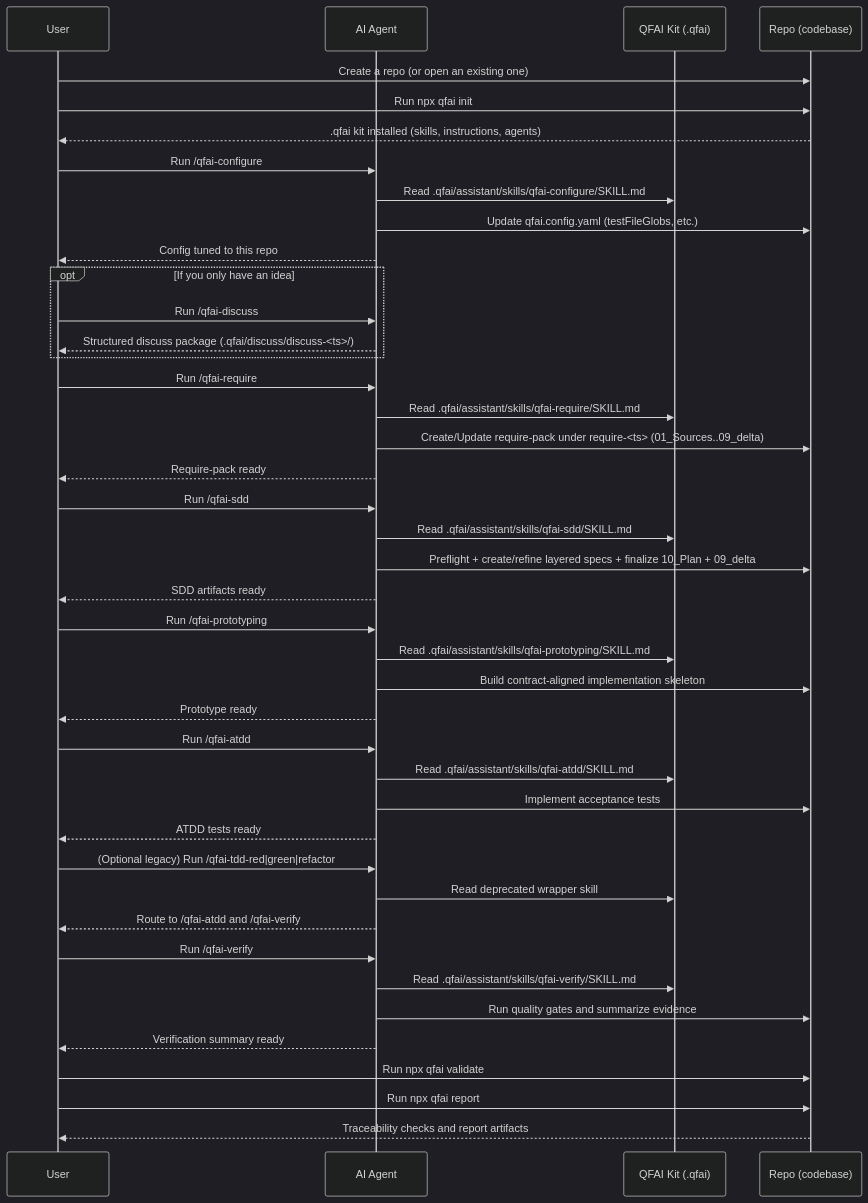
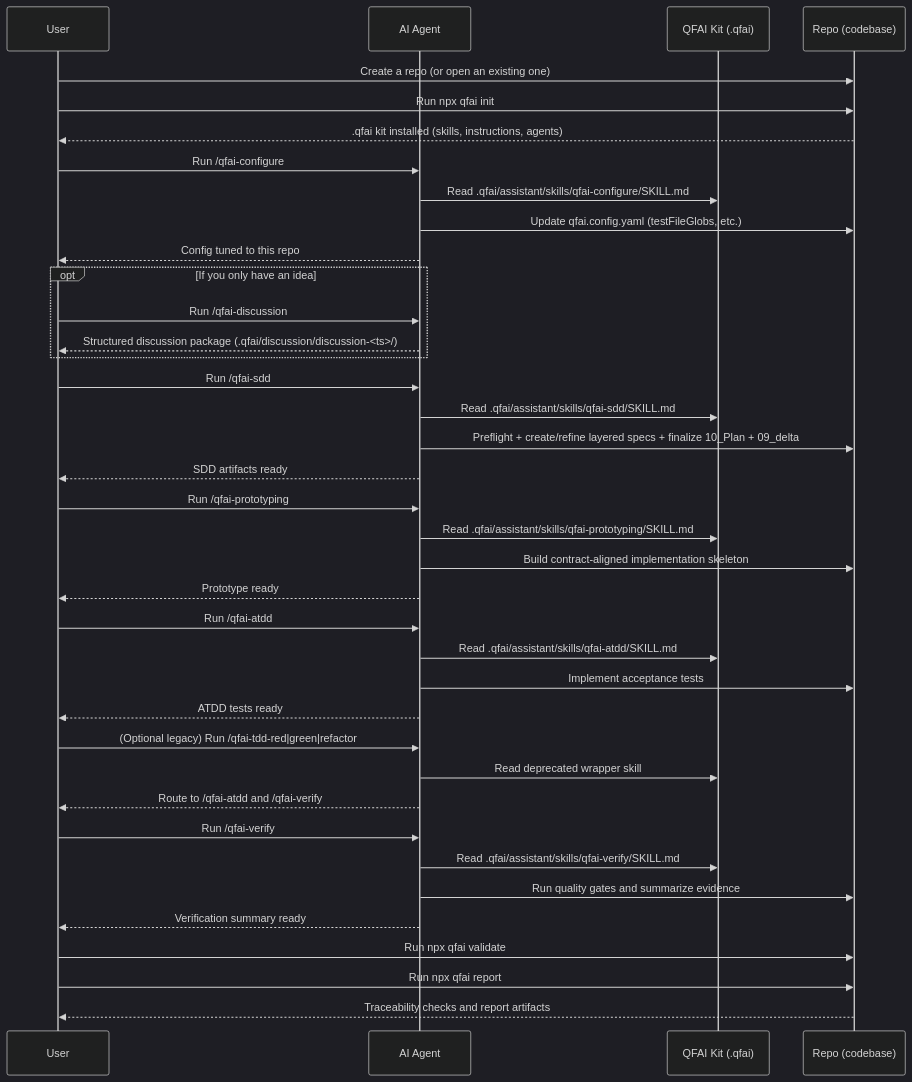
One commit to aganesy/QFAI changed the first of 2 diagrams in README.md. Above: the diagram before and after it, drawn with Mermaid (dark theme). The commit also changed other lines of this file and 40 other files, not shown here.

First line of the commit message:
feat(v1.5.0): merge discuss+require into unified discussion pack

````diff
--- a/README.md
+++ b/README.md
@@ -130,54 +129,49 @@
 ```mermaid
 sequenceDiagram
 participant U as User
 participant AG as AI Agent
 participant Q as QFAI Kit (.qfai)
 participant R as Repo (codebase)
 
 U->>R: Create a repo (or open an existing one)
 U->>R: Run npx qfai init
 R-->>U: .qfai kit installed (skills, instructions, agents)
 
 U->>AG: Run /qfai-configure
 AG->>Q: Read .qfai/assistant/skills/qfai-configure/SKILL.md
 AG->>R: Update qfai.config.yaml (testFileGlobs, etc.)
 AG-->>U: Config tuned to this repo
 
 opt If you only have an idea
-U->>AG: Run /qfai-discuss
-AG-->>U: Structured discuss package (.qfai/discuss/discuss-<ts>/)
+U->>AG: Run /qfai-discussion
+AG-->>U: Structured discussion package (.qfai/discussion/discussion-<ts>/)
 end
-
-U->>AG: Run /qfai-require
-AG->>Q: Read .qfai/assistant/skills/qfai-require/SKILL.md
-AG->>R: Create/Update require-pack under require-<ts> (01_Sources..09_delta)
-AG-->>U: Require-pack ready
 
 U->>AG: Run /qfai-sdd
 AG->>Q: Read .qfai/assistant/skills/qfai-sdd/SKILL.md
 AG->>R: Preflight + create/refine layered specs + finalize 10_Plan + 09_delta
 AG-->>U: SDD artifacts ready
 
 U->>AG: Run /qfai-prototyping
 AG->>Q: Read .qfai/assistant/skills/qfai-prototyping/SKILL.md
 AG->>R: Build contract-aligned implementation skeleton
 AG-->>U: Prototype ready
 
 U->>AG: Run /qfai-atdd
 AG->>Q: Read .qfai/assistant/skills/qfai-atdd/SKILL.md
 AG->>R: Implement acceptance tests
 AG-->>U: ATDD tests ready
 
 U->>AG: (Optional legacy) Run /qfai-tdd-red|green|refactor
 AG->>Q: Read deprecated wrapper skill
 AG-->>U: Route to /qfai-atdd and /qfai-verify
 
 U->>AG: Run /qfai-verify
 AG->>Q: Read .qfai/assistant/skills/qfai-verify/SKILL.md
 AG->>R: Run quality gates and summarize evidence
 AG-->>U: Verification summary ready
 
 U->>R: Run npx qfai validate
 U->>R: Run npx qfai report
 R-->>U: Traceability checks and report artifacts
 ```
````
